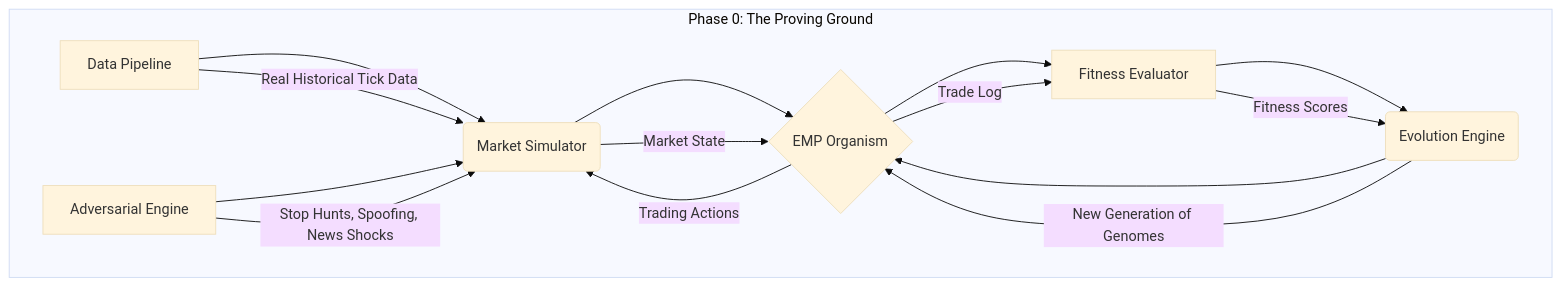
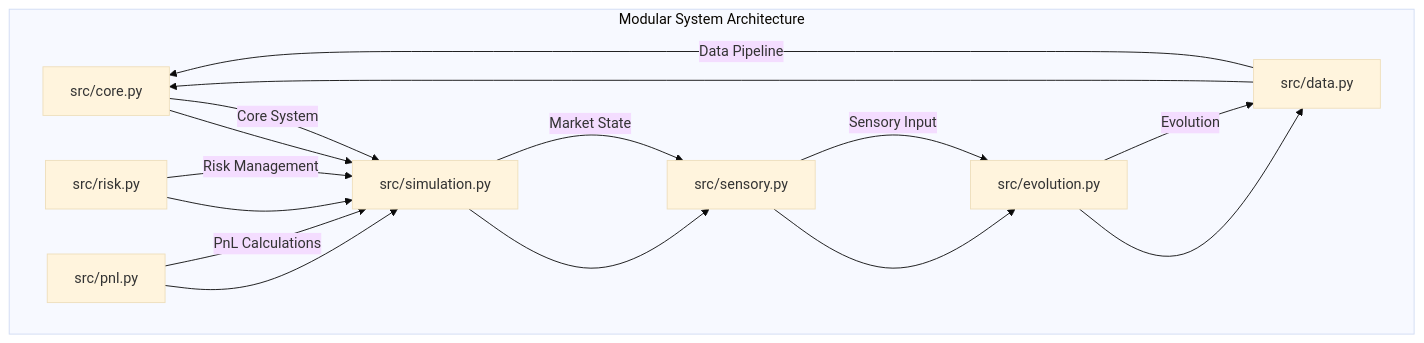
One commit to HWeber-tech/emp_proving_ground_v1 changed the diagram in README.md. Above: the diagram before and after it, drawn with Mermaid (base theme). The commit also changed other lines of this file and 3 other files, not shown here.

````diff
--- a/README.md
+++ b/README.md
@@ -152,19 +34,20 @@
 ```mermaid
 graph TD
-    subgraph "Phase 0: The Proving Ground"
-        A[Data Pipeline] --> B(Market Simulator);
-        C[Adversarial Engine] --> B;
-        B --> D{EMP Organism};
-        D --> E[Fitness Evaluator];
-        E --> F(Evolution Engine);
-        F --> D;
+    subgraph "Modular System Architecture"
+        A[src/core.py] --> B[src/simulation.py];
+        C[src/risk.py] --> B;
+        D[src/pnl.py] --> B;
+        B --> E[src/sensory.py];
+        E --> F[src/evolution.py];
+        F --> G[src/data.py];
+        G --> A;
     end
 
-    A -- Real Historical Tick Data --> B;
-    C -- Stop Hunts, Spoofing, News Shocks --> B;
-    B -- Market State --> D;
-    D -- Trading Actions --> B;
-    D -- Trade Log --> E;
-    E -- Fitness Scores --> F;
-    F -- New Generation of Genomes --> D;
+    A -- Core System --> B;
+    C -- Risk Management --> B;
+    D -- PnL Calculations --> B;
+    B -- Market State --> E;
+    E -- Sensory Input --> F;
+    F -- Evolution --> G;
+    G -- Data Pipeline --> A;
 ```
````
